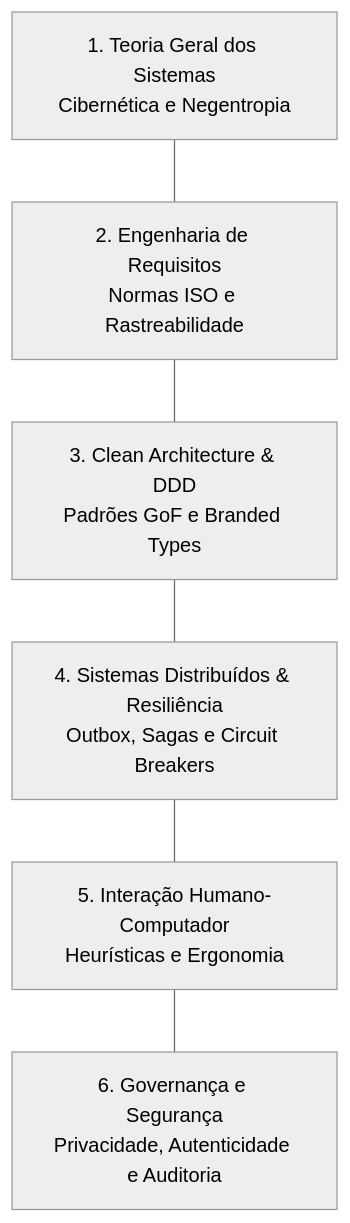
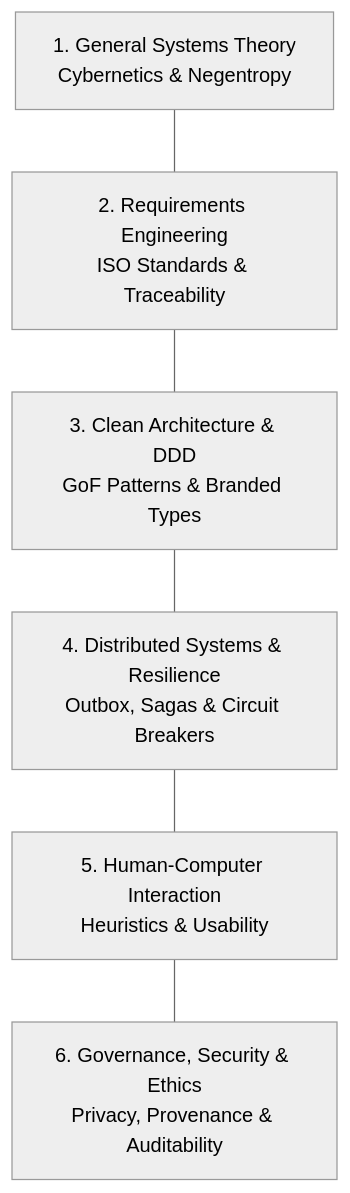
The diagram in docs/foundation/systems-theory-and-pillars.md (mathmach/mathmach.github.io), drawn with Mermaid (neutral theme) before and after one commit. The commit also changed other lines of this file and 7 other files, not shown here.

Commit message:
docs: translate all architectural and methodology foundations to English

````diff
--- a/docs/foundation/systems-theory-and-pillars.md
+++ b/docs/foundation/systems-theory-and-pillars.md
@@ -21,8 +21,8 @@
 ```mermaid
 graph TD
-    TGS["1. Teoria Geral dos Sistemas<br/>Cibernética e Negentropia"] --- REQ["2. Engenharia de Requisitos<br/>Normas ISO e Rastreabilidade"]
-    REQ --- ARCH["3. Clean Architecture & DDD<br/>Padrões GoF e Branded Types"]
-    ARCH --- DIST["4. Sistemas Distribuídos & Resiliência<br/>Outbox, Sagas e Circuit Breakers"]
-    DIST --- IHC["5. Interação Humano-Computador<br/>Heurísticas e Ergonomia"]
-    IHC --- GOV["6. Governança e Segurança<br/>Privacidade, Autenticidade e Auditoria"]
+    TGS["1. General Systems Theory<br/>Cybernetics & Negentropy"] --- REQ["2. Requirements Engineering<br/>ISO Standards & Traceability"]
+    REQ --- ARCH["3. Clean Architecture & DDD<br/>GoF Patterns & Branded Types"]
+    ARCH --- DIST["4. Distributed Systems & Resilience<br/>Outbox, Sagas & Circuit Breakers"]
+    DIST --- HCI["5. Human-Computer Interaction<br/>Heuristics & Usability"]
+    HCI --- GOV["6. Governance, Security & Ethics<br/>Privacy, Provenance & Auditability"]
 ```
````
